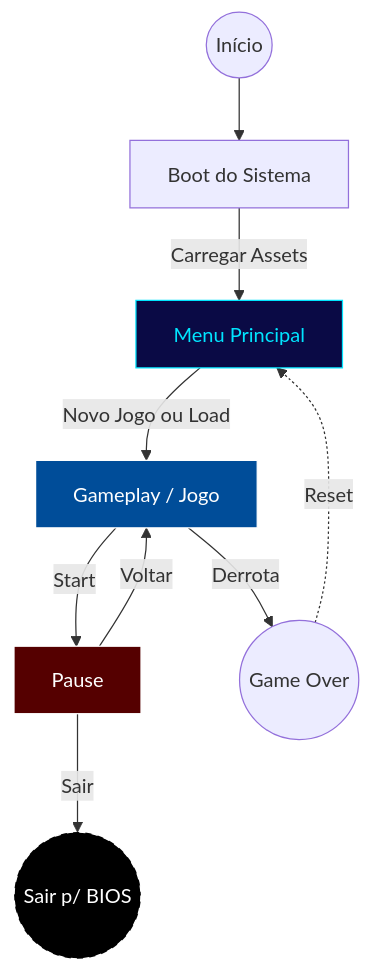
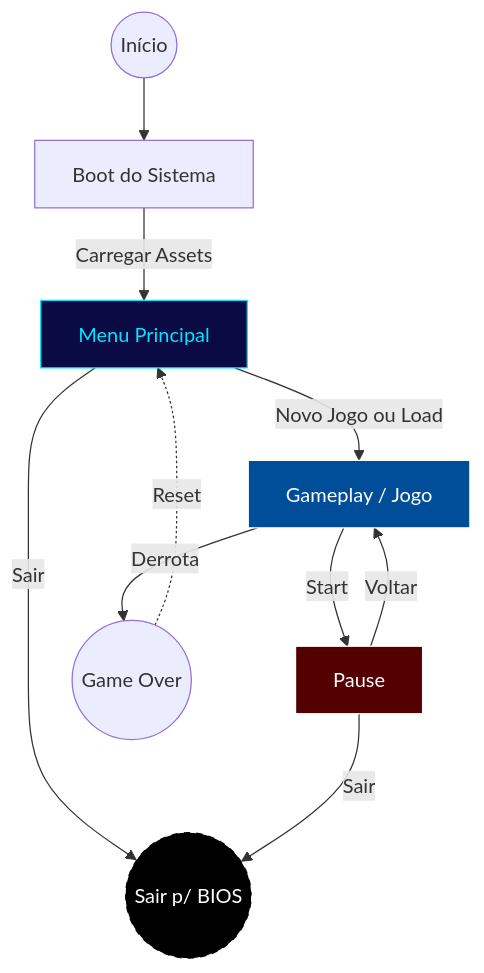
Before and after one commit to PedroQuimelo/Krone_PS2: the first of 2 diagrams in docs/fluxo_dados.md, drawn with Mermaid.

````diff
--- a/docs/fluxo_dados.md
+++ b/docs/fluxo_dados.md
@@ -18,28 +18,29 @@
 ```mermaid
 graph TD
     %% Nós (Caixas)
     Start((Início)) --> Boot[Boot do Sistema]
     Boot -->|Carregar Assets| Menu[Menu Principal]
     
-    %% Conexões
+    %% Conexões do Menu
     Menu -->|Novo Jogo ou Load| Jogo[Gameplay / Jogo]
+    Menu -->|Sair| BIOS((Sair p/ BIOS))
     
     %% Ciclo de Pause
     Jogo -->|Start| Pause[Pause]
     Pause -->|Voltar| Jogo
     
-    %% AQUI A CORREÇÃO: Sair mata o jogo
-    Pause -->|Sair| BIOS((Sair p/ BIOS))
+    %% Saída do Pause (Também vai pra BIOS)
+    Pause -->|Sair| BIOS
     
     %% Game Over
     Jogo -->|Derrota| GameOver((Game Over))
     GameOver -.->|Reset| Menu
 
     %% Estilização (Tema Visual)
     style Menu fill:#0a0a45,color:#00e5ff,stroke:#00e5ff
     style Jogo fill:#004d99,color:#fff,stroke:#fff
     style Pause fill:#550000,color:#fff,stroke:#fff
     
-    %% Estilo diferente para a BIOS (Terminal)
+    %% Estilo da BIOS (Terminal Preto)
     style BIOS fill:#000,color:#fff,stroke:#fff,stroke-dasharray: 5 5
 ```
````
